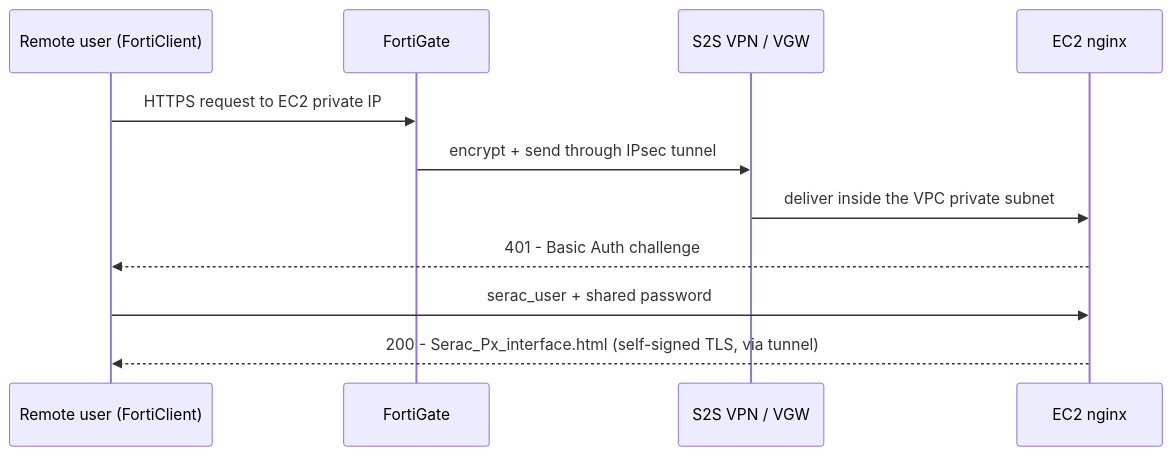
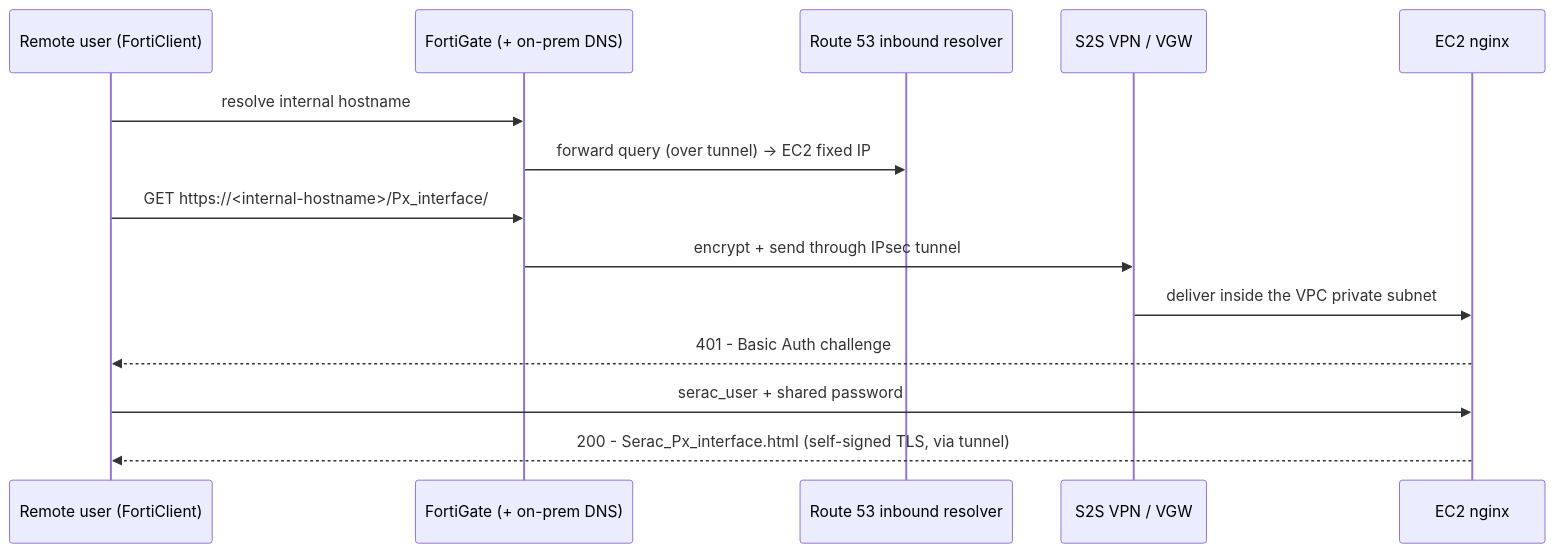
Before and after one commit to SeracBio/Px_interface: the second of 3 diagrams in docs/aws_architecture_mermaid.shared.md, drawn with Mermaid. The commit also changed other lines of this file and 12 other files, not shown here.

````diff
--- a/docs/aws_architecture_mermaid.shared.md
+++ b/docs/aws_architecture_mermaid.shared.md
@@ -97,14 +105,17 @@
 ```mermaid
 sequenceDiagram
     participant U as Remote user (FortiClient)
-    participant FG as FortiGate
+    participant FG as FortiGate (+ on-prem DNS)
+    participant RES as Route 53 inbound resolver
     participant VPN as S2S VPN / VGW
     participant EC2 as EC2 nginx
 
-    U->>FG: HTTPS request to EC2 private IP
+    U->>FG: resolve internal hostname
+    FG->>RES: forward query (over tunnel) -> EC2 fixed IP
+    U->>FG: GET https://<internal-hostname>/Px_interface/
     FG->>VPN: encrypt + send through IPsec tunnel
     VPN->>EC2: deliver inside the VPC private subnet
     EC2-->>U: 401 - Basic Auth challenge
     U->>EC2: serac_user + shared password
     EC2-->>U: 200 - Serac_Px_interface.html (self-signed TLS, via tunnel)
 ```
````
